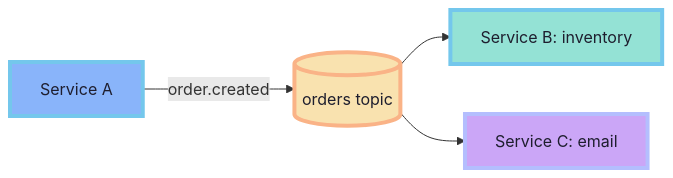
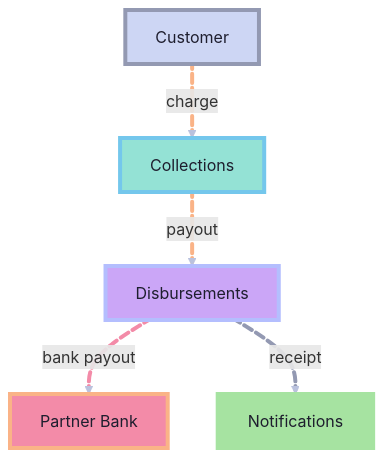
The seventh of 40 diagrams in content/slides/go-labs-eda-go-kafka/slides.md (hmajid2301/blog), drawn with Mermaid before and after one commit. The commit also changed other lines of this file and 10 other files, not shown here.

````diff
--- a/content/slides/go-labs-eda-go-kafka/slides.md
+++ b/content/slides/go-labs-eda-go-kafka/slides.md
@@ -279,16 +293,27 @@
 ```mermaid
-flowchart LR
-    A["Service A"] -->|"order.created"| T[("orders topic")]
-    T --> B["Service B: inventory"]
-    T --> C["Service C: email"]
+flowchart TD
+    U["Customer"] charge@-->|"charge"| COL["Collections"]
+    COL payout@-->|"payout"| DIS["Disbursements"]
+    DIS bankCall@-->|"bank payout"| BANK["Partner Bank"]
+    DIS receipt@-->|"receipt"| NOTIF["Notifications"]
 
-    classDef producer fill:#89b4fa,stroke:#74c7ec,stroke-width:4px,color:#1e1e2e;
-    classDef topic fill:#f9e2af,stroke:#fab387,stroke-width:4px,color:#1e1e2e;
-    classDef inventory fill:#94e2d5,stroke:#74c7ec,stroke-width:4px,color:#1e1e2e;
-    classDef email fill:#cba6f7,stroke:#b4befe,stroke-width:4px,color:#1e1e2e;
+    classDef client fill:#cdd6f4,stroke:#9399b2,stroke-width:4px,color:#1e1e2e;
+    classDef collections fill:#94e2d5,stroke:#74c7ec,stroke-width:4px,color:#1e1e2e;
+    classDef disbursements fill:#cba6f7,stroke:#b4befe,stroke-width:4px,color:#1e1e2e;
+    classDef bank fill:#f38ba8,stroke:#fab387,stroke-width:4px,color:#1e1e2e;
+    classDef notifications fill:#a6e3a1,stroke:#a6e3a1,stroke-width:4px,color:#1e1e2e;
 
-    class A producer;
-    class T topic;
-    class B inventory;
-    class C email;
+    class U client;
+    class COL collections;
+    class DIS disbursements;
+    class BANK bank;
+    class NOTIF notifications;
+    charge@{ animation: slow }
+    payout@{ animation: slow }
+    bankCall@{ animation: slow }
+    receipt@{ animation: slow }
+    linkStyle default stroke:#bac2de,stroke-width:4px;
+    linkStyle 2 stroke:#f38ba8,stroke-width:4px;
+    linkStyle 0,1 stroke:#fab387,stroke-width:4px;
+    linkStyle 3 stroke:#9399b2,stroke-width:4px;
 ```
````
